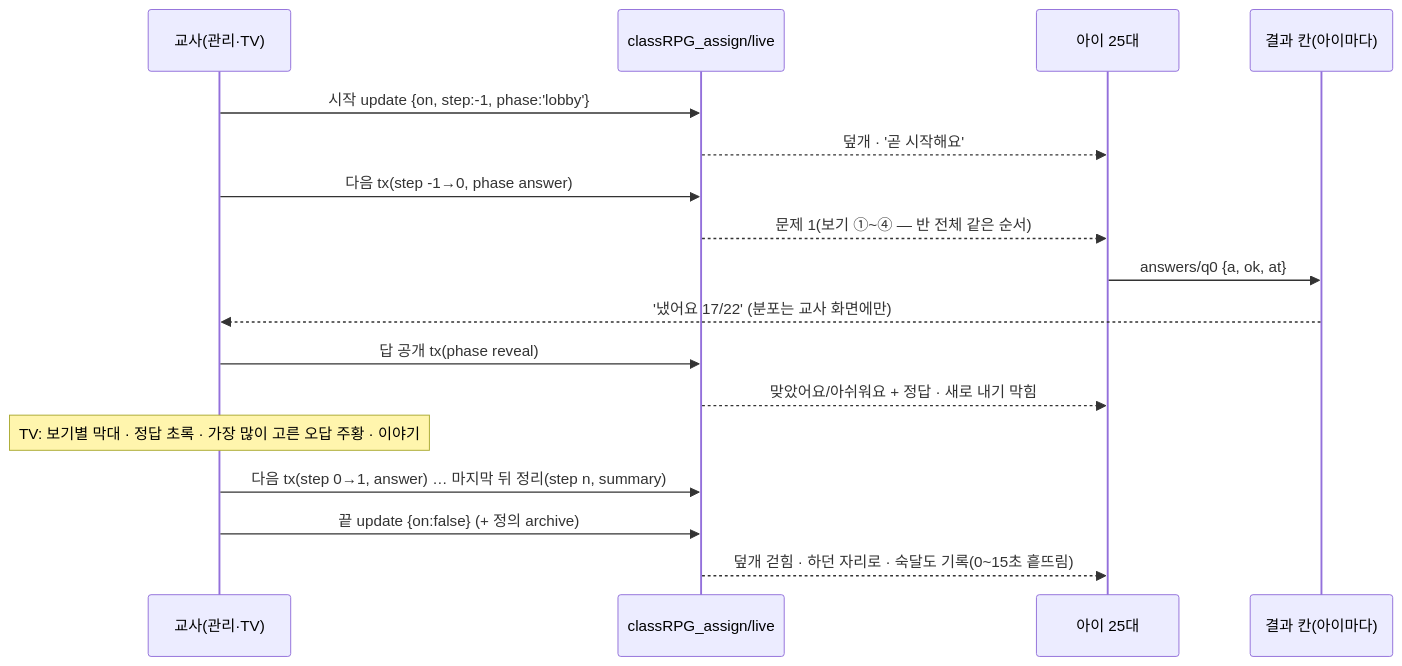
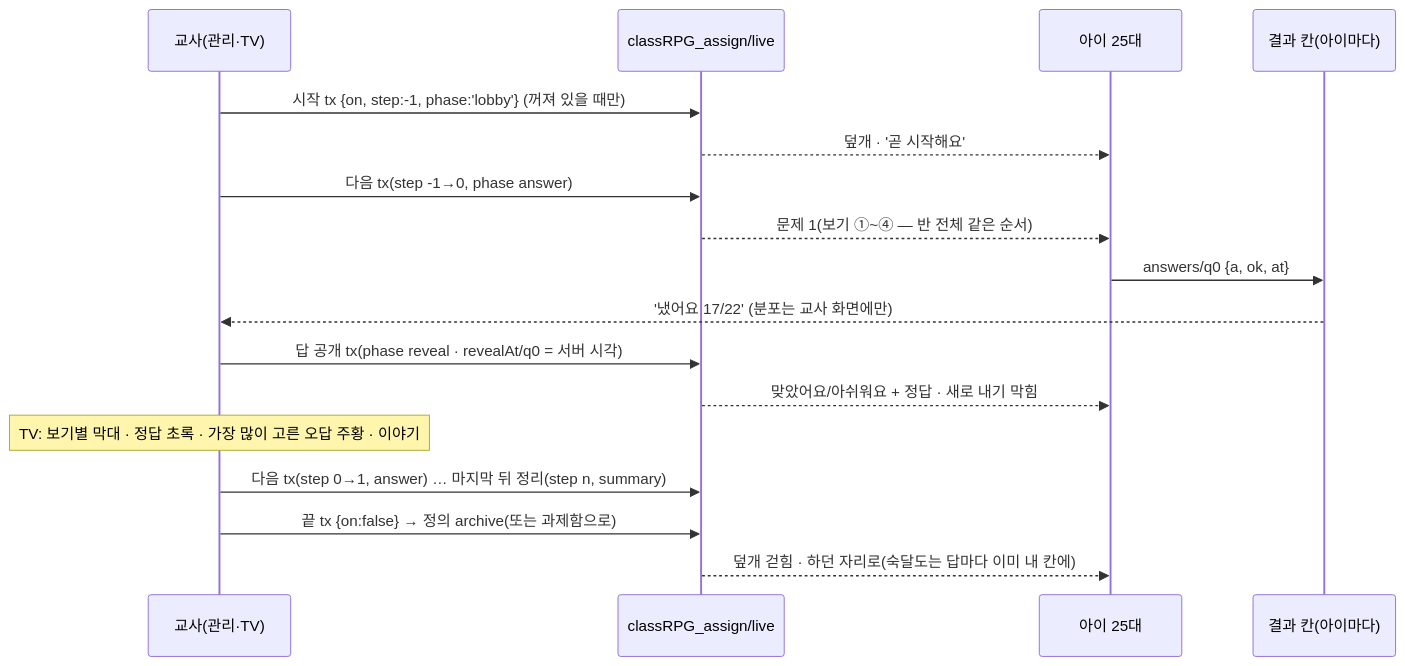
One commit to chang333787-boop/class-rpg changed the diagram in docs/class_assign_design.md. Above: the diagram before and after it, drawn with Mermaid. The commit also changed other lines of this file and 2 other files, not shown here.

````diff
--- a/docs/class_assign_design.md
+++ b/docs/class_assign_design.md
@@ -210,19 +225,19 @@
 ```mermaid
 sequenceDiagram
   participant T as 교사(관리·TV)
   participant L as classRPG_assign/live
   participant K as 아이 25대
   participant R as 결과 칸(아이마다)
-  T->>L: 시작 update {on, step:-1, phase:'lobby'}
+  T->>L: 시작 tx {on, step:-1, phase:'lobby'} (꺼져 있을 때만)
   L-->>K: 덮개 · '곧 시작해요'
   T->>L: 다음 tx(step -1→0, phase answer)
   L-->>K: 문제 1(보기 ①~④ — 반 전체 같은 순서)
   K->>R: answers/q0 {a, ok, at}
   R-->>T: '냈어요 17/22' (분포는 교사 화면에만)
-  T->>L: 답 공개 tx(phase reveal)
+  T->>L: 답 공개 tx(phase reveal · revealAt/q0 = 서버 시각)
   L-->>K: 맞았어요/아쉬워요 + 정답 · 새로 내기 막힘
   Note over T: TV: 보기별 막대 · 정답 초록 · 가장 많이 고른 오답 주황 · 이야기
   T->>L: 다음 tx(step 0→1, answer) … 마지막 뒤 정리(step n, summary)
-  T->>L: 끝 update {on:false} (+ 정의 archive)
-  L-->>K: 덮개 걷힘 · 하던 자리로 · 숙달도 기록(0~15초 흩뜨림)
+  T->>L: 끝 tx {on:false} → 정의 archive(또는 과제함으로)
+  L-->>K: 덮개 걷힘 · 하던 자리로(숙달도는 답마다 이미 내 칸에)
 ```
````
